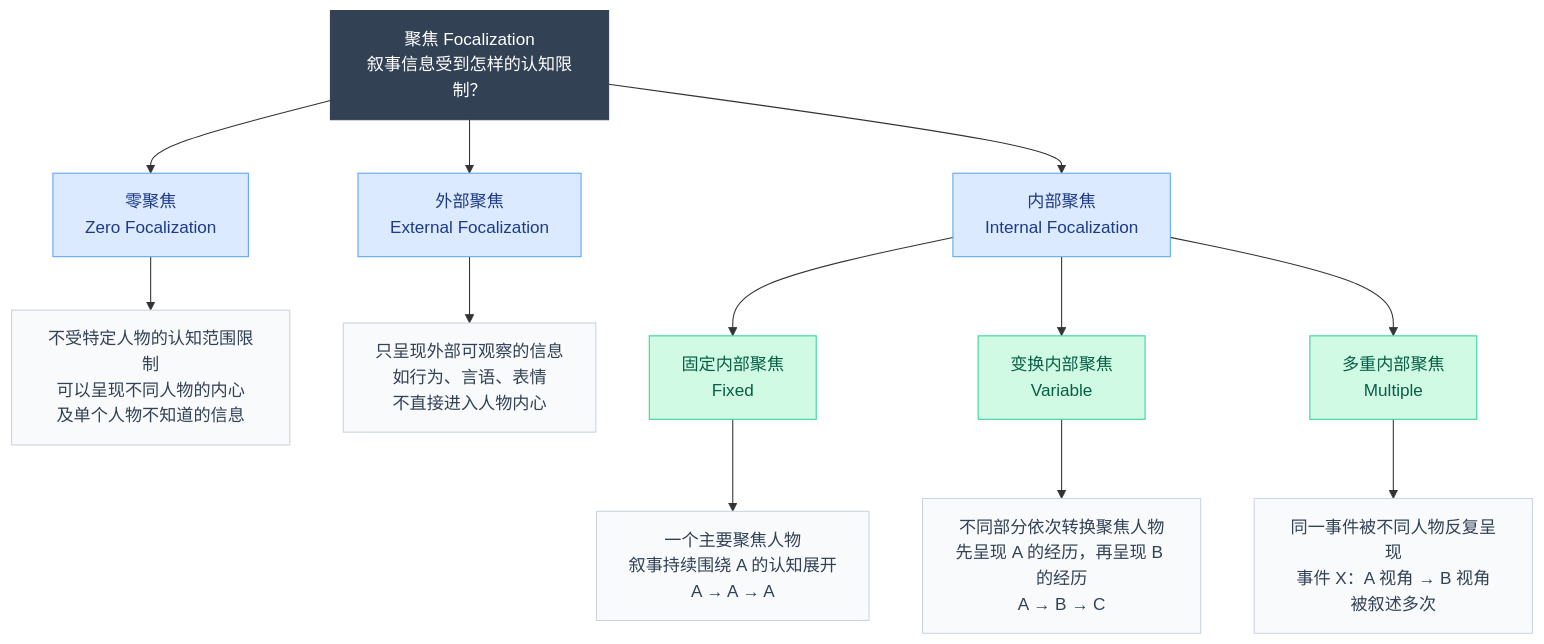
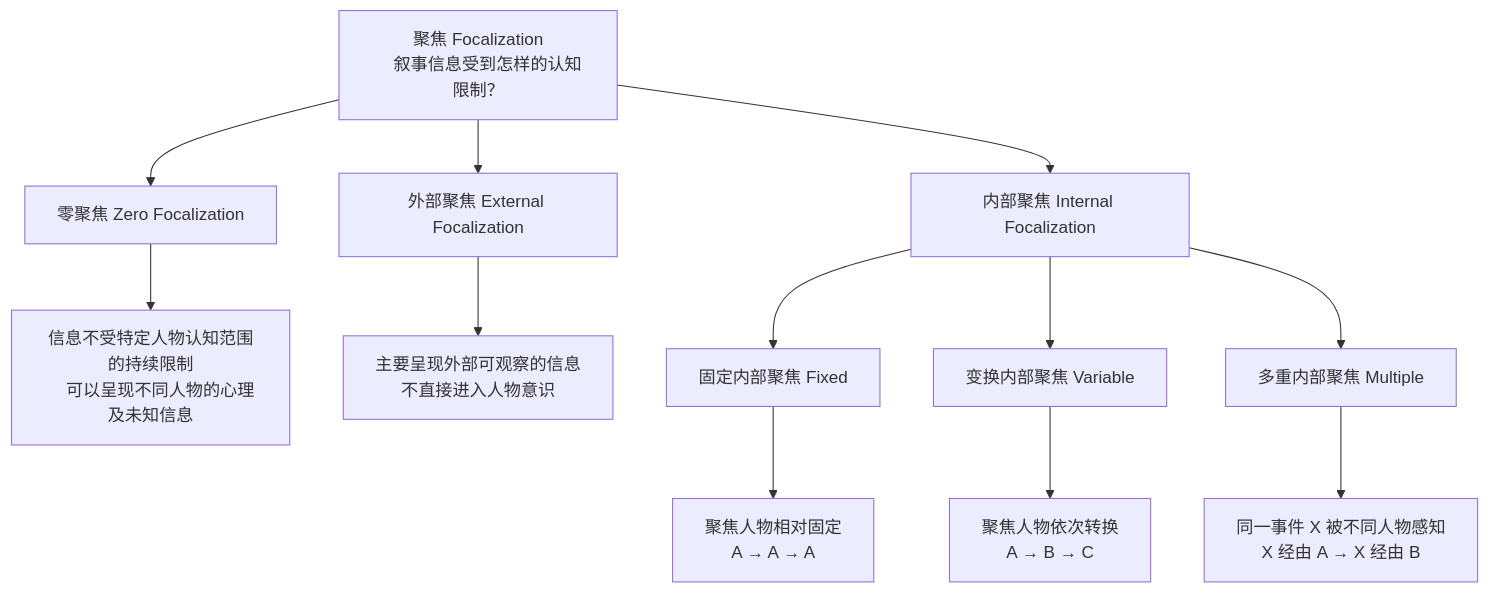
Before and after one commit to gmkzwwg/gomibako: the third of 3 diagrams in collections/_posts/2025-05-28-read素食者.md, drawn with Mermaid. The commit also changed other lines of this file and 12 other files, not shown here.

````diff
--- a/collections/_posts/2025-05-28-read素食者.md
+++ b/collections/_posts/2025-05-28-read素食者.md
@@ -211,32 +252,33 @@
 ```mermaid
 flowchart TB
-    A["聚焦 Focalization<br/>叙事信息受到怎样的认知限制？"]
+    A["聚焦 Focalization
+    叙事信息受到怎样的认知限制？"]
 
-    A --> B["零聚焦<br/>Zero Focalization"]
-    A --> C["内部聚焦<br/>Internal Focalization"]
-    A --> D["外部聚焦<br/>External Focalization"]
+    A --> B["零聚焦 Zero Focalization"]
+    A --> C["内部聚焦 Internal Focalization"]
+    A --> D["外部聚焦 External Focalization"]
 
-    B --> B1["不受特定人物的认知范围限制<br/>可以呈现不同人物的内心<br/>及单个人物不知道的信息"]
+    B --> B1["信息不受特定人物认知范围的持续限制
+    可以呈现不同人物的心理及未知信息"]
 
-    D --> D1["只呈现外部可观察的信息<br/>如行为、言语、表情<br/>不直接进入人物内心"]
+    D --> D1["主要呈现外部可观察的信息
+    不直接进入人物意识"]
 
-    C --> E["固定内部聚焦<br/>Fixed"]
-    C --> F["变换内部聚焦<br/>Variable"]
-    C --> G["多重内部聚焦<br/>Multiple"]
+    C --> E["固定内部聚焦 Fixed"]
+    C --> F["变换内部聚焦 Variable"]
+    C --> G["多重内部聚焦 Multiple"]
 
-    E --> E1["一个主要聚焦人物<br/>叙事持续围绕 A 的认知展开<br/>A → A → A"]
+    E --> E1["聚焦人物相对固定
+    A → A → A"]
 
-    F --> F1["不同部分依次转换聚焦人物<br/>先呈现 A 的经历，再呈现 B 的经历<br/>A → B → C"]
+    F --> F1["聚焦人物依次转换
+    A → B → C"]
 
-    G --> G1["同一事件被不同人物反复呈现<br/>事件 X：A 视角 → B 视角<br/>被叙述多次"]
-
-    classDef root fill:#334155,color:#ffffff,stroke:#334155
-    classDef type fill:#dbeafe,color:#1e3a8a,stroke:#60a5fa
-    classDef subtype fill:#d1fae5,color:#065f46,stroke:#34d399
-    classDef detail fill:#f8fafc,color:#334155,stroke:#cbd5e1
+    G --> G1["同一事件 X 被不同人物感知
+    X 经由 A → X 经由 B"]
 
     class A root
     class B,C,D type
     class E,F,G subtype
     class B1,D1,E1,F1,G1 detail
 ```
````
